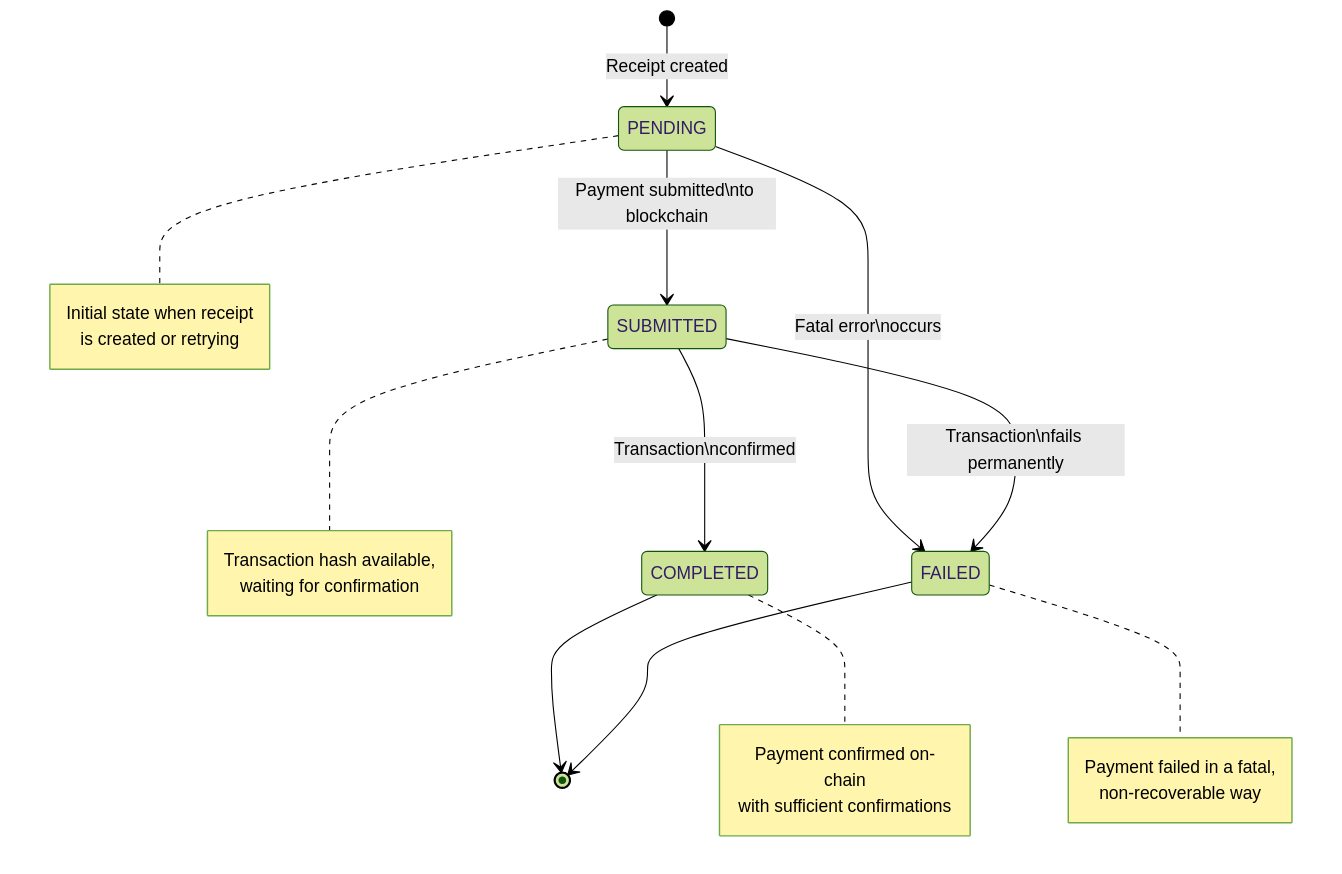
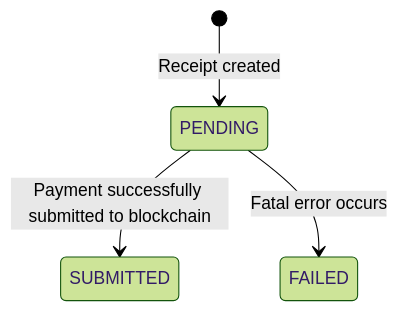
Before and after one commit to edgeandnode/dipper: the first of 2 diagrams in docs/rfcs/001-on-chain-safe-payments.md, drawn with Mermaid (forest theme). The commit also changed other lines of this file, not shown here.

````diff
--- a/docs/rfcs/001-on-chain-safe-payments.md
+++ b/docs/rfcs/001-on-chain-safe-payments.md
@@ -93,33 +91,7 @@
 ```mermaid
 stateDiagram-v2
     [*] --> PENDING : Receipt created
     
-    PENDING --> SUBMITTED : Payment submitted\nto blockchain
-    PENDING --> FAILED : Fatal error\noccurs
-    
-    SUBMITTED --> COMPLETED : Transaction\nconfirmed
-    SUBMITTED --> FAILED : Transaction\nfails permanently
-    
-    COMPLETED --> [*]
-    FAILED --> [*]
-    
-    note right of PENDING
-        Initial state when receipt
-        is created or retrying
-    end note
-    
-    note right of SUBMITTED
-        Transaction hash available,
-        waiting for confirmation
-    end note
-    
-    note right of COMPLETED
-        Payment confirmed on-chain
-        with sufficient confirmations
-    end note
-    
-    note right of FAILED
-        Payment failed in a fatal,
-        non-recoverable way
-    end note
+    PENDING --> SUBMITTED : Payment successfully submitted to blockchain
+    PENDING --> FAILED : Fatal error occurs
 ```
````
